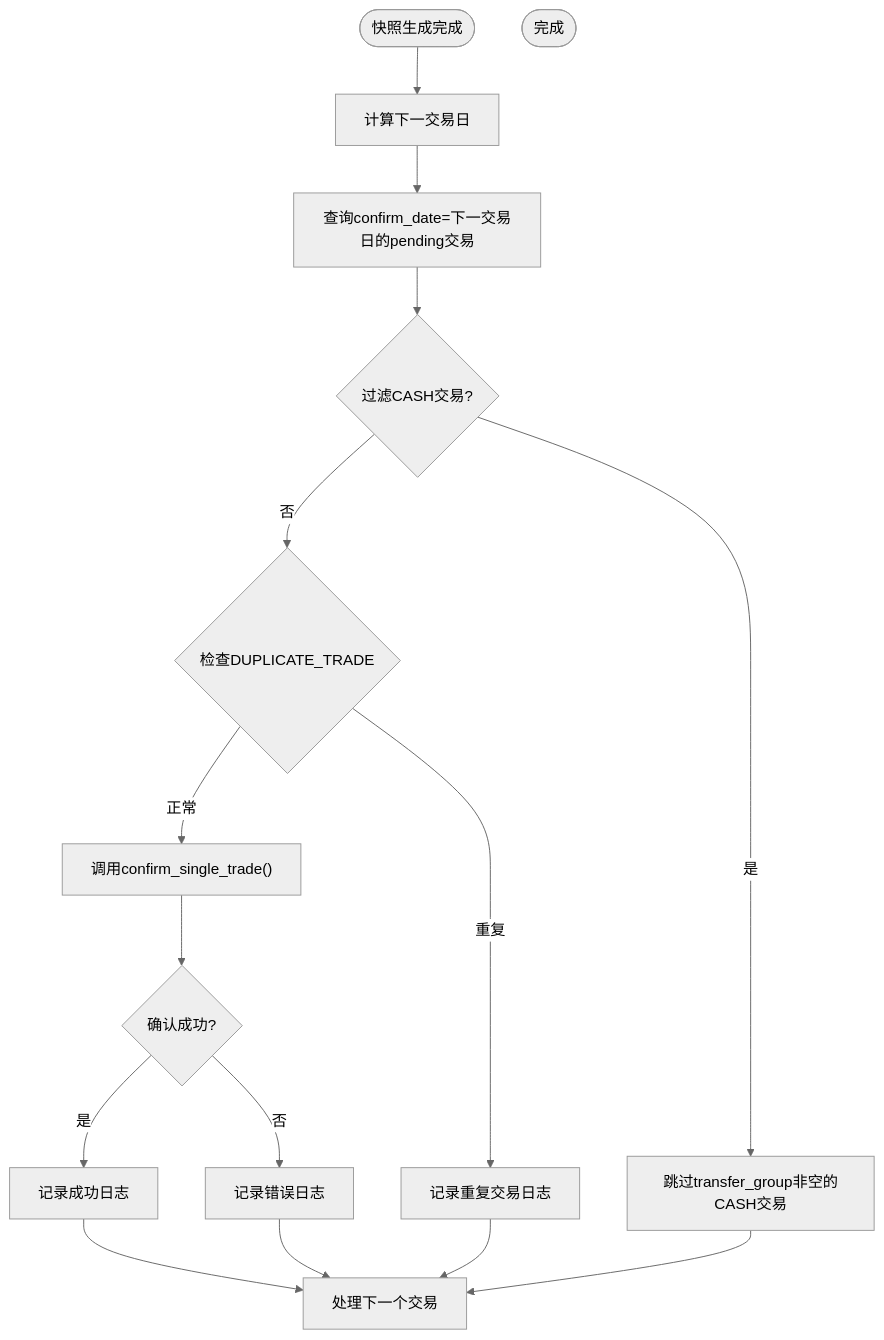
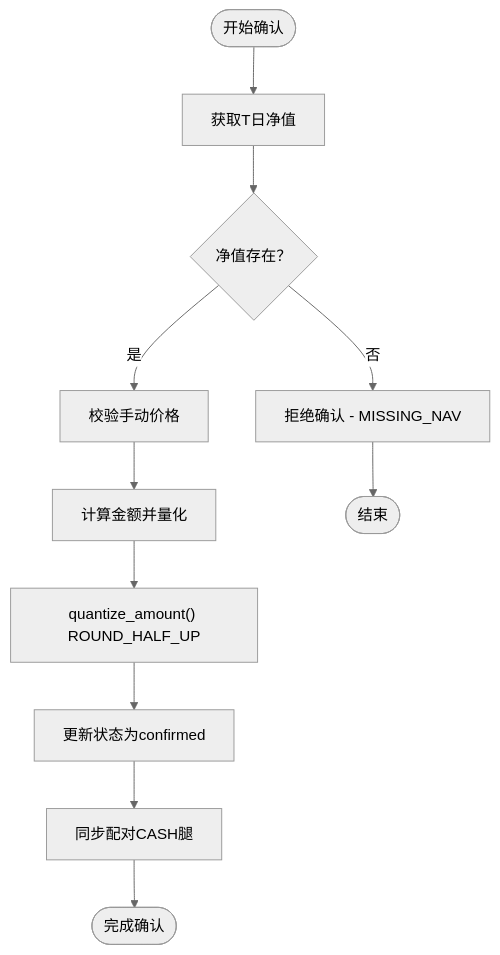
Before and after one commit to gujialind/InvestRing: the fifth of 15 diagrams in .qoder/repowiki/zh/content/核心业务功能/交易处理.md, drawn with Mermaid (neutral theme). The commit also changed other lines of this file and 65 other files, not shown here.

````diff
--- a/.qoder/repowiki/zh/content/核心业务功能/交易处理.md
+++ b/.qoder/repowiki/zh/content/核心业务功能/交易处理.md
@@ -353,18 +318,13 @@
 ```mermaid
 flowchart TD
-Start(["快照生成完成"]) --> NextDay["计算下一交易日"]
-NextDay --> QueryPending["查询confirm_date=下一交易日的pending交易"]
-QueryPending --> FilterCASH{"过滤CASH交易?"}
-FilterCASH --> |是| Skip["跳过transfer_group非空的CASH交易"]
-FilterCASH --> |否| CheckDuplicate{"检查DUPLICATE_TRADE"}
-CheckDuplicate --> |重复| LogDup["记录重复交易日志"]
-CheckDuplicate --> |正常| ProcessTrade["调用confirm_single_trade()"]
-ProcessTrade --> Success{"确认成功?"}
-Success --> |是| LogSuccess["记录成功日志"]
-Success --> |否| LogError["记录错误日志"]
-LogSuccess --> NextTrade["处理下一个交易"]
-LogError --> NextTrade
-LogDup --> NextTrade
-Skip --> NextTrade
-Done(["完成"])
+Start(["开始确认"]) --> GetNav["获取T日净值"]
+GetNav --> CheckNav{"净值存在？"}
+CheckNav --> |否| Reject["拒绝确认 - MISSING_NAV"]
+CheckNav --> |是| ValidatePrice["校验手动价格"]
+ValidatePrice --> CalcAmount["计算金额并量化"]
+CalcAmount --> Quantize["quantize_amount() ROUND_HALF_UP"]
+Quantize --> UpdateStatus["更新状态为confirmed"]
+UpdateStatus --> SyncPair["同步配对CASH腿"]
+SyncPair --> Complete(["完成确认"])
+Reject --> End(["结束"])
 ```
````
